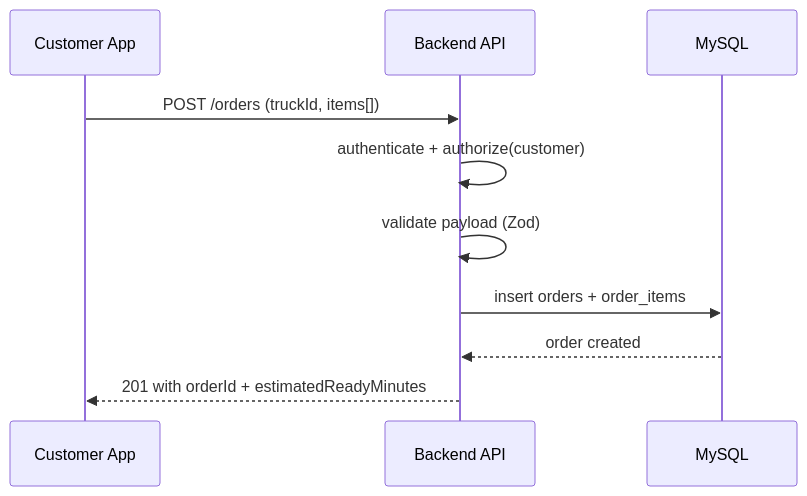
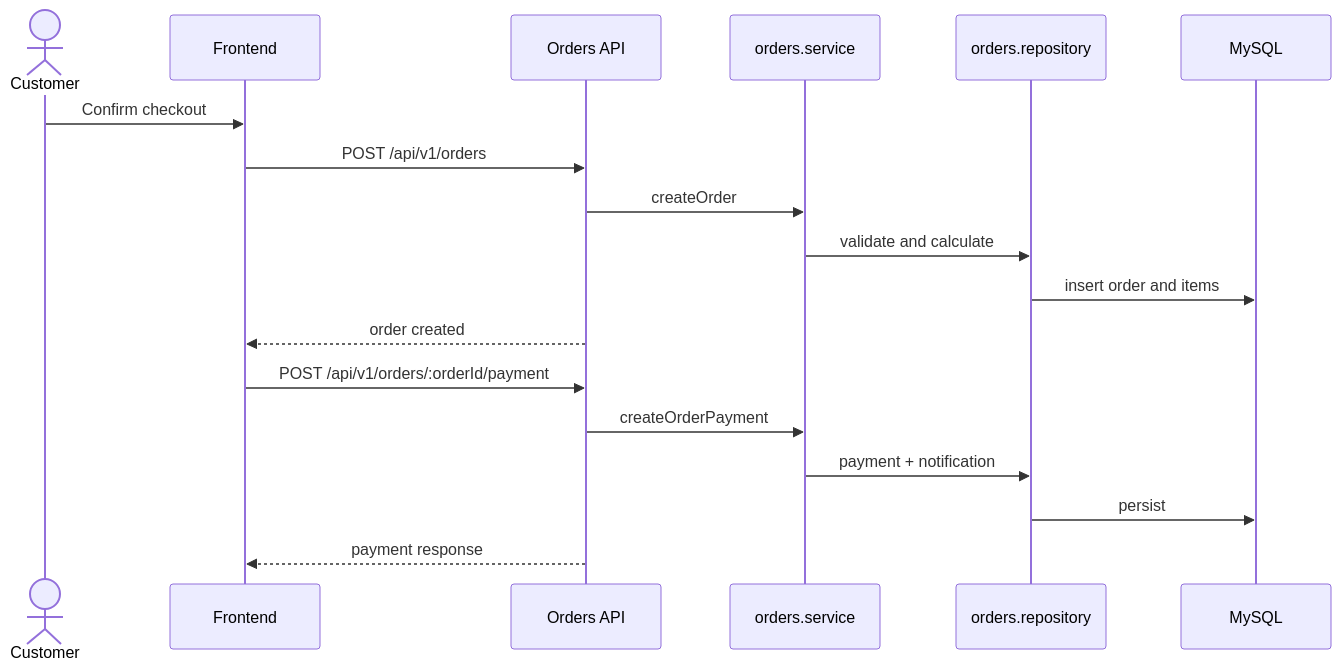
Before and after one commit to Fahd36631/foodtruck-platform: the third of 6 diagrams in stage3/stage3_report.md, drawn with Mermaid. The commit also changed other lines of this file, not shown here.

````diff
--- a/stage3/stage3_report.md
+++ b/stage3/stage3_report.md
@@ -211,13 +333,22 @@
 ```mermaid
 sequenceDiagram
-  participant C as Customer App
-  participant API as Backend API
+  actor Customer
+  participant FE as Frontend
+  participant API as Orders API
+  participant S as orders.service
+  participant R as orders.repository
   participant DB as MySQL
 
-  C->>API: POST /orders (truckId, items[])
-  API->>API: authenticate + authorize(customer)
-  API->>API: validate payload (Zod)
-  API->>DB: insert orders + order_items
-  DB-->>API: order created
-  API-->>C: 201 with orderId + estimatedReadyMinutes
+  Customer->>FE: Confirm checkout
+  FE->>API: POST /api/v1/orders
+  API->>S: createOrder
+  S->>R: validate and calculate
+  R->>DB: insert order and items
+  API-->>FE: order created
+
+  FE->>API: POST /api/v1/orders/:orderId/payment
+  API->>S: createOrderPayment
+  S->>R: payment + notification
+  R->>DB: persist
+  API-->>FE: payment response
 ```
````
